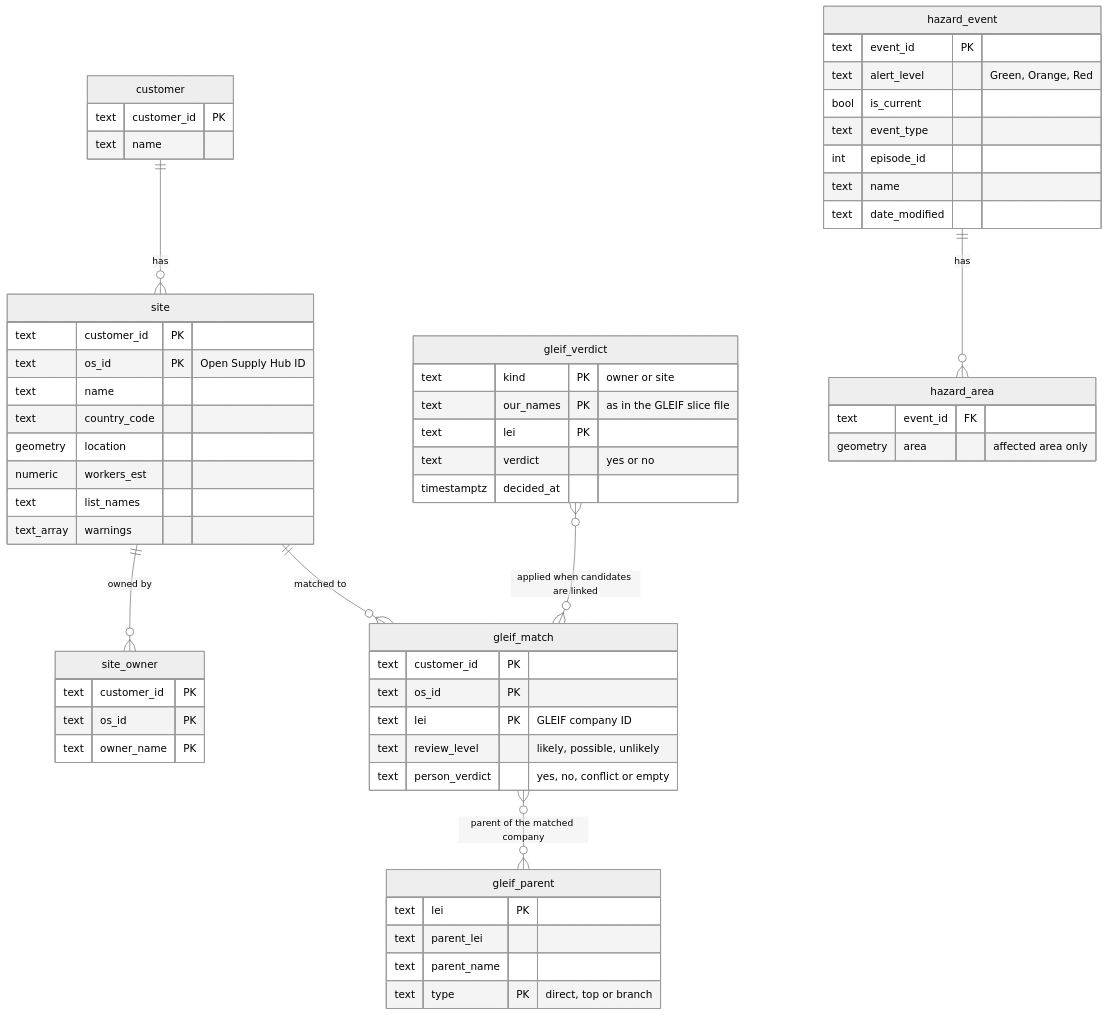
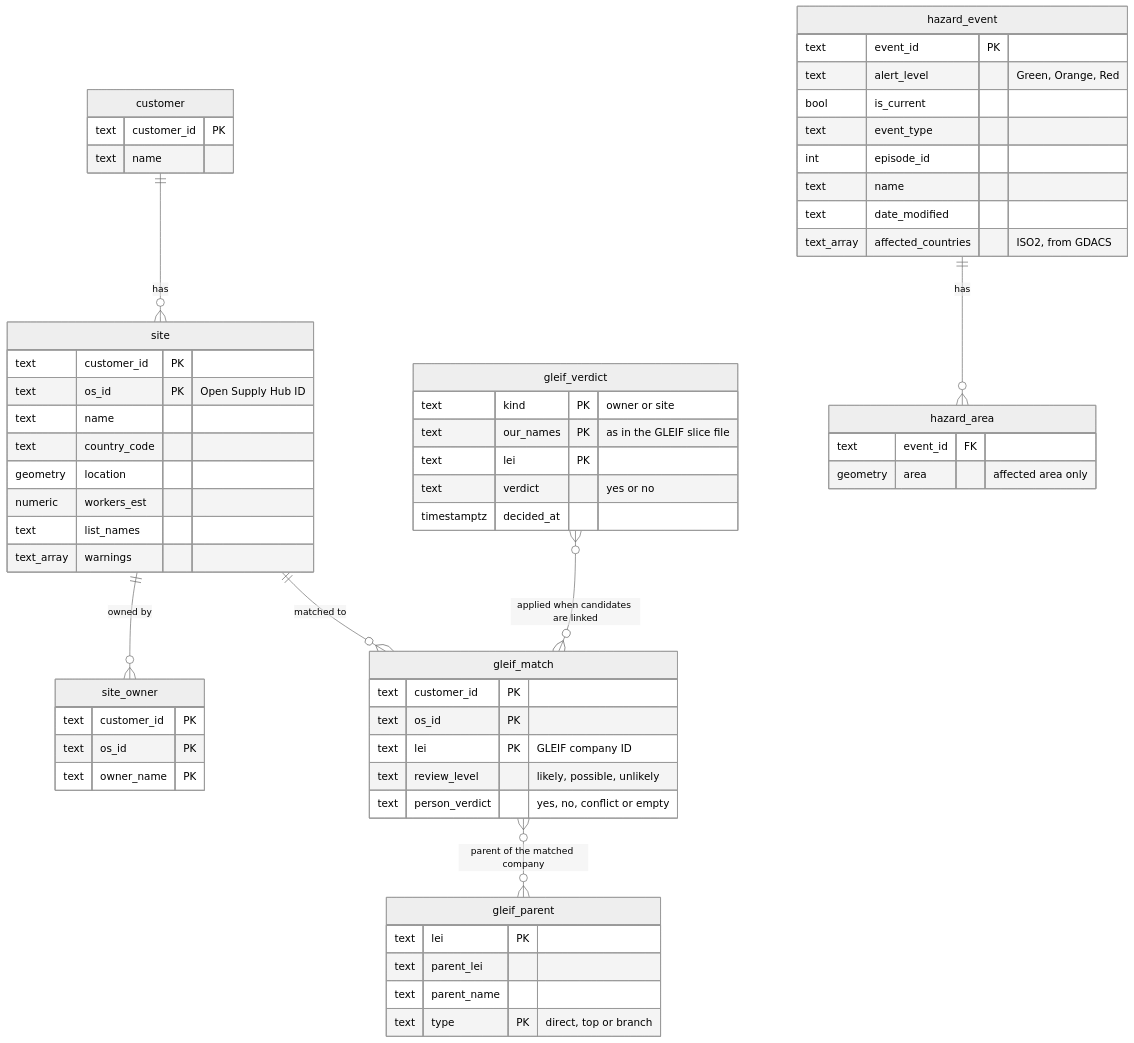
Before and after one commit to abhifourkites/geo-risk.ai: the second of 4 diagrams in docs/architecture/ARCHITECTURE.md, drawn with Mermaid (neutral theme). The commit also changed other lines of this file and 2 other files, not shown here.

First line of the commit message:
MDM-3: Docs: count a site only in a country GDACS lists as affected

````diff
--- a/docs/architecture/ARCHITECTURE.md
+++ b/docs/architecture/ARCHITECTURE.md
@@ -54,62 +54,63 @@
 ```mermaid
 erDiagram
   customer ||--o{ site : "has"
   site ||--o{ site_owner : "owned by"
   site ||--o{ gleif_match : "matched to"
   gleif_match }o--o{ gleif_parent : "parent of the matched company"
   gleif_verdict }o--o{ gleif_match : "applied when candidates are linked"
   hazard_event ||--o{ hazard_area : "has"
 
   customer {
     text customer_id PK
     text name
   }
   site {
     text customer_id PK
     text os_id PK "Open Supply Hub ID"
     text name
     text country_code
     geometry location
     numeric workers_est
     text list_names
     text_array warnings
   }
   site_owner {
     text customer_id PK
     text os_id PK
     text owner_name PK
   }
   gleif_match {
     text customer_id PK
     text os_id PK
     text lei PK "GLEIF company ID"
     text review_level "likely, possible, unlikely"
     text person_verdict "yes, no, conflict or empty"
   }
   gleif_verdict {
     text kind PK "owner or site"
     text our_names PK "as in the GLEIF slice file"
     text lei PK
     text verdict "yes or no"
     timestamptz decided_at
   }
   gleif_parent {
     text lei PK
     text parent_lei
     text parent_name
     text type PK "direct, top or branch"
   }
   hazard_event {
     text event_id PK
     text alert_level "Green, Orange, Red"
     bool is_current
     text event_type
     int episode_id
     text name
     text date_modified
+    text_array affected_countries "ISO2, from GDACS"
   }
   hazard_area {
     text event_id FK
     geometry area "affected area only"
   }
 ```
````
